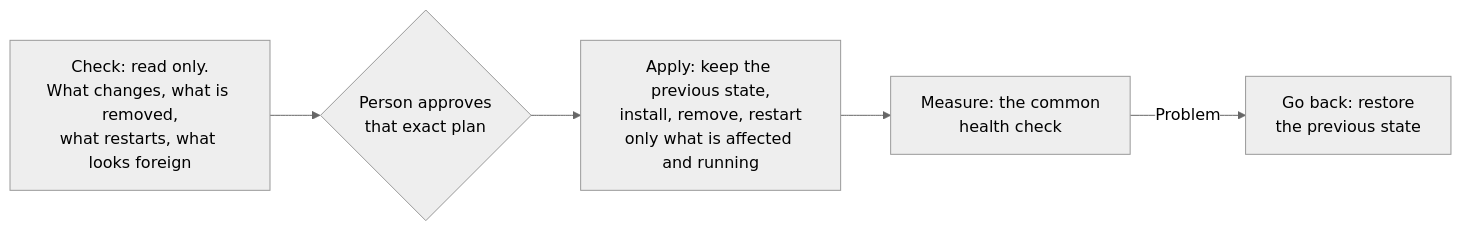
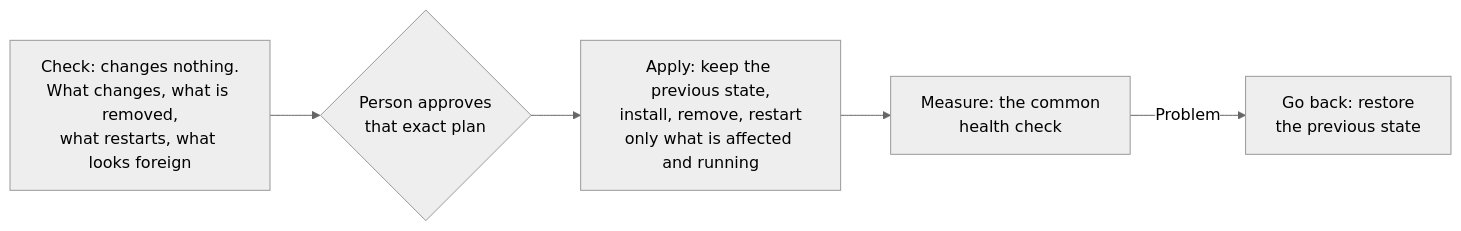
The diagram in installing-changes.md (Gaan21/agent-factory-case-study), drawn with Mermaid (neutral theme) before and after one commit. The commit also changed 2 other files, not shown here.

Commit message:
docs: connecting a repository is declaring it
One file per piece, one reader and validator, a repository shared by several
workstreams, and what is connected is what is allowed. Verified on the
factory's machine. The install check is described as changing nothing, not as
read only: it runs the candidate's own validator.

````diff
--- a/installing-changes.md
+++ b/installing-changes.md
@@ -27,7 +27,7 @@
 ```mermaid
 flowchart LR
-    A[Check: read only.<br/>What changes, what is removed,<br/>what restarts, what looks foreign] --> B{Person approves<br/>that exact plan}
+    A[Check: changes nothing.<br/>What changes, what is removed,<br/>what restarts, what looks foreign] --> B{Person approves<br/>that exact plan}
     B --> C[Apply: keep the previous state,<br/>install, remove, restart<br/>only what is affected and running]
     C --> D[Measure: the common<br/>health check]
     D -->|Problem| E[Go back: restore<br/>the previous state]
 ```
````
